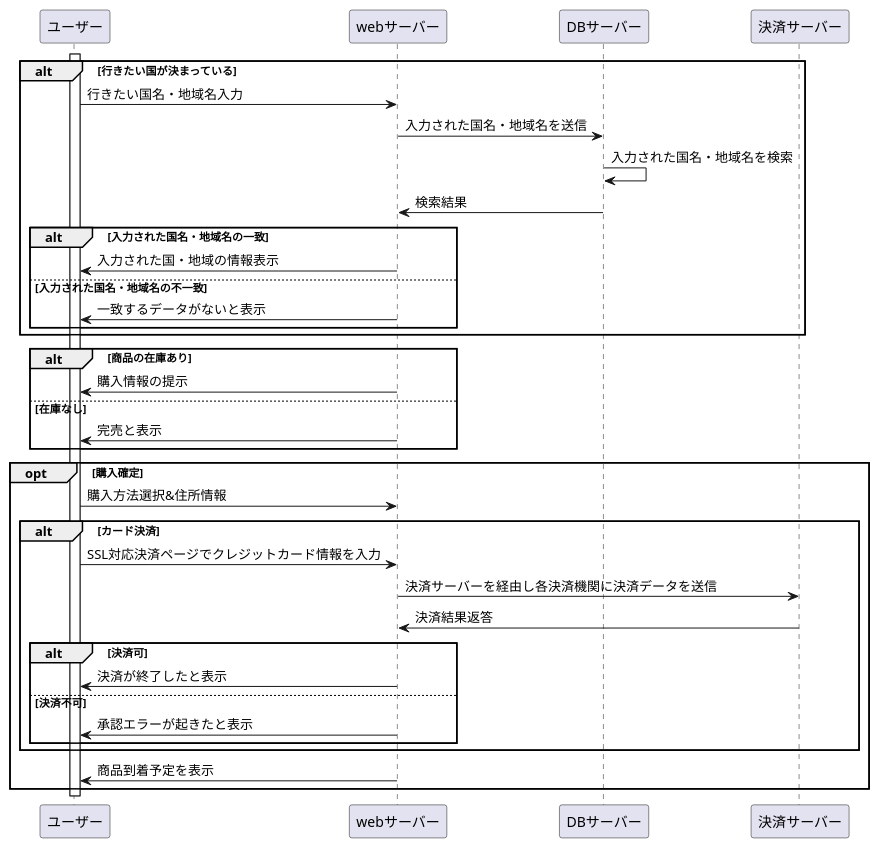
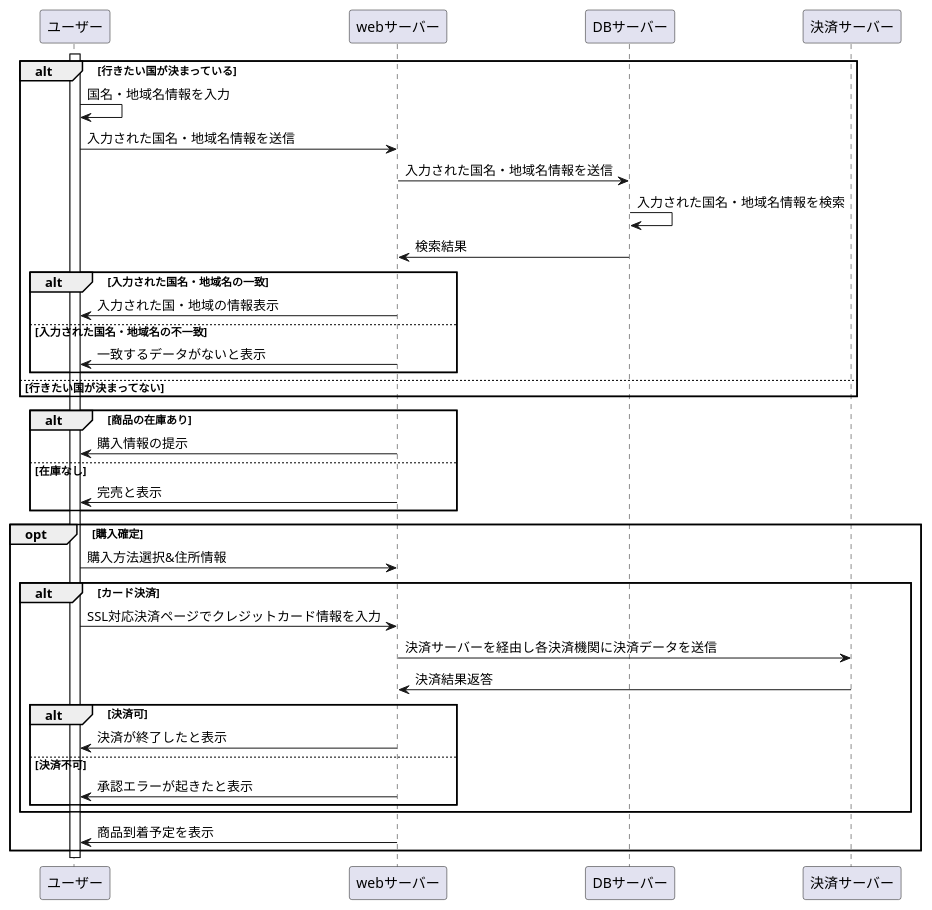
The diagram in kadai6.md (Aso2001195/2021sys-design), drawn with PlantUML before and after one commit.

````diff
--- a/kadai6.md
+++ b/kadai6.md
@@ -1,38 +1,42 @@
 ```uml
 @startuml
 activate ユーザー
 alt 行きたい国が決まっている
-ユーザー->webサーバー:行きたい国名・地域名入力
-webサーバー->DBサーバー:入力された国名・地域名を送信
-DBサーバー->DBサーバー:入力された国名・地域名を検索
+ユーザー->ユーザー:国名・地域名情報を入力
+ユーザー->webサーバー:入力された国名・地域名情報を送信
+webサーバー->DBサーバー:入力された国名・地域名情報を送信
+DBサーバー->DBサーバー:入力された国名・地域名情報を検索
 DBサーバー->webサーバー:検索結果
 alt 入力された国名・地域名の一致
 webサーバー->ユーザー:入力された国・地域の情報表示
 else 入力された国名・地域名の不一致
 webサーバー->ユーザー:一致するデータがないと表示
 end
+else 行きたい国が決まってない
+
+
 end
 
 alt 商品の在庫あり
 webサーバー->ユーザー:購入情報の提示
 else 在庫なし
 webサーバー->ユーザー:完売と表示
 end 
 
 opt 購入確定
 ユーザー->webサーバー:購入方法選択&住所情報
   alt カード決済
   ユーザー->webサーバー:SSL対応決済ページでクレジットカード情報を入力
   webサーバー->決済サーバー:決済サーバーを経由し各決済機関に決済データを送信
   決済サーバー->webサーバー:決済結果返答
   alt 決済可
   webサーバー->ユーザー:決済が終了したと表示
   else 決済不可
   webサーバー->ユーザー:承認エラーが起きたと表示
   end
   end
   webサーバー->ユーザー:商品到着予定を表示
   end
 deactivate ユーザー
 @enduml
 ```
````
